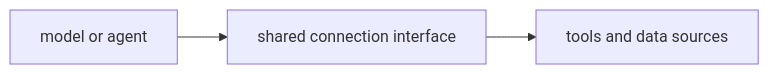
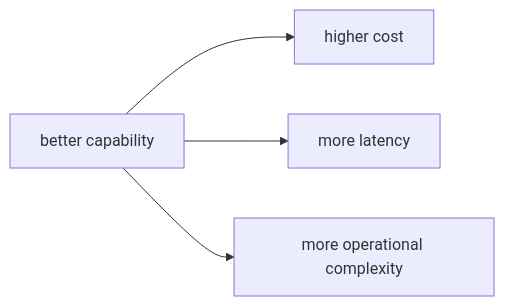
The diagram in docs/parts/part-05/chapter-16/section-01.md (devchan64/AiBook), drawn with Mermaid before and after one commit. The commit also changed other lines of this file and 47 other files, not shown here.

````diff
--- a/docs/parts/part-05/chapter-16/section-01.md
+++ b/docs/parts/part-05/chapter-16/section-01.md
@@ -147,8 +165,11 @@
 ```mermaid
 flowchart LR
-  A["model or agent"]
-  B["shared connection interface"]
-  C["tools and data sources"]
+  A["better capability"]
+  B["higher cost"]
+  C["more latency"]
+  D["more operational complexity"]
 
-  A --> B --> C
+  A --> B
+  A --> C
+  A --> D
 ```
````
